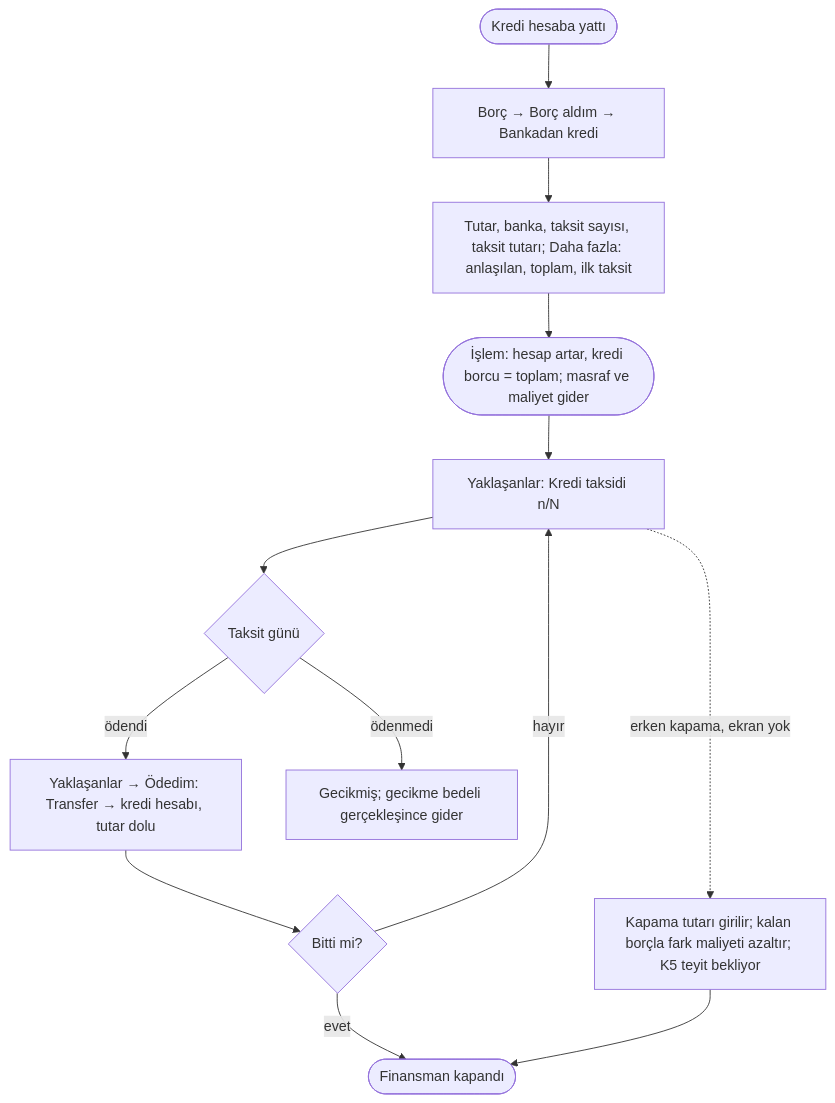
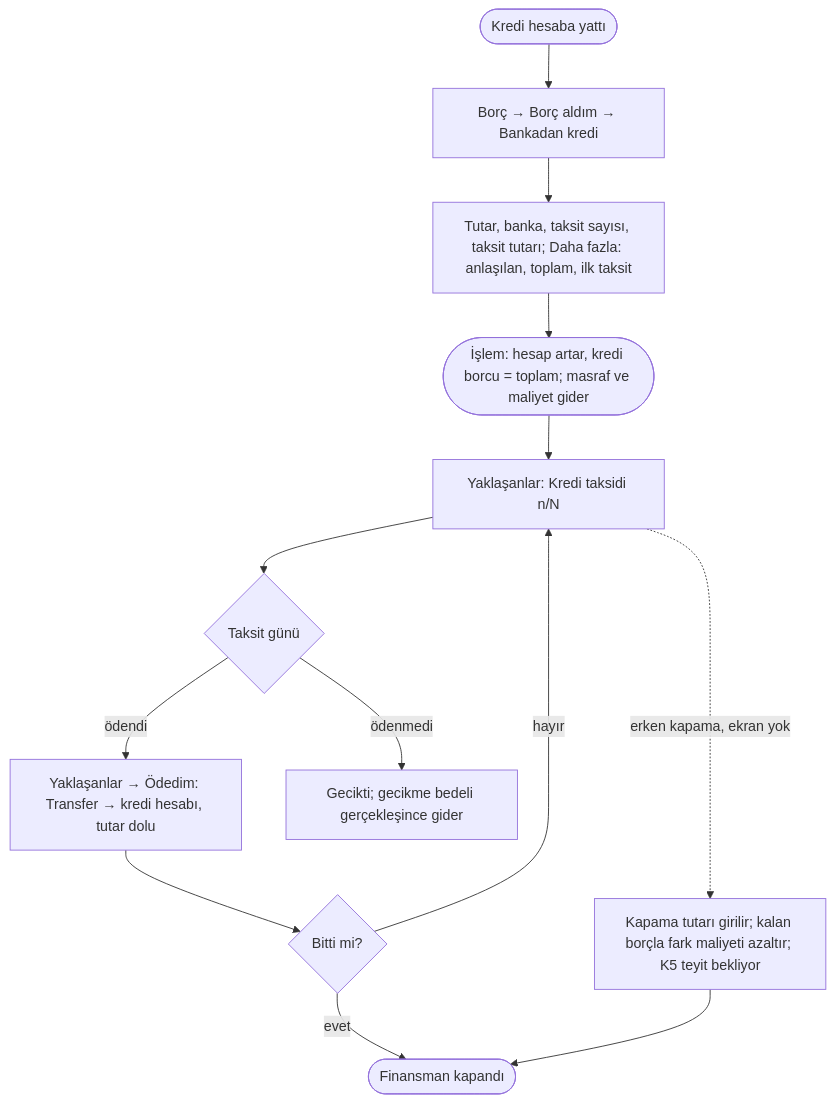
Before and after one commit to akderelianil/aa-finance: the diagram in docs/ux/akislar/AKS-009-kredi.md, drawn with Mermaid. The commit also changed other lines of this file and 7 other files, not shown here.

````diff
--- a/docs/ux/akislar/AKS-009-kredi.md
+++ b/docs/ux/akislar/AKS-009-kredi.md
@@ -37,15 +37,15 @@
 ```mermaid
 flowchart TD
   A([Kredi hesaba yattı]) --> B[Borç → Borç aldım → Bankadan kredi]
   B --> B1[Tutar, banka, taksit sayısı, taksit tutarı; Daha fazla: anlaşılan, toplam, ilk taksit]
   B1 --> C([İşlem: hesap artar, kredi borcu = toplam; masraf ve maliyet gider])
   C --> D[Yaklaşanlar: Kredi taksidi n/N]
   D --> E{Taksit günü}
   E -- ödendi --> F[Yaklaşanlar → Ödedim: Transfer → kredi hesabı, tutar dolu]
-  E -- ödenmedi --> G[Gecikmiş; gecikme bedeli gerçekleşince gider]
+  E -- ödenmedi --> G[Gecikti; gecikme bedeli gerçekleşince gider]
   F --> H{Bitti mi?}
   H -- hayır --> D
   H -- evet --> I([Finansman kapandı])
   D -. erken kapama, ekran yok .-> K[Kapama tutarı girilir; kalan borçla fark maliyeti azaltır; K5 teyit bekliyor]
   K --> I
 ```
````
